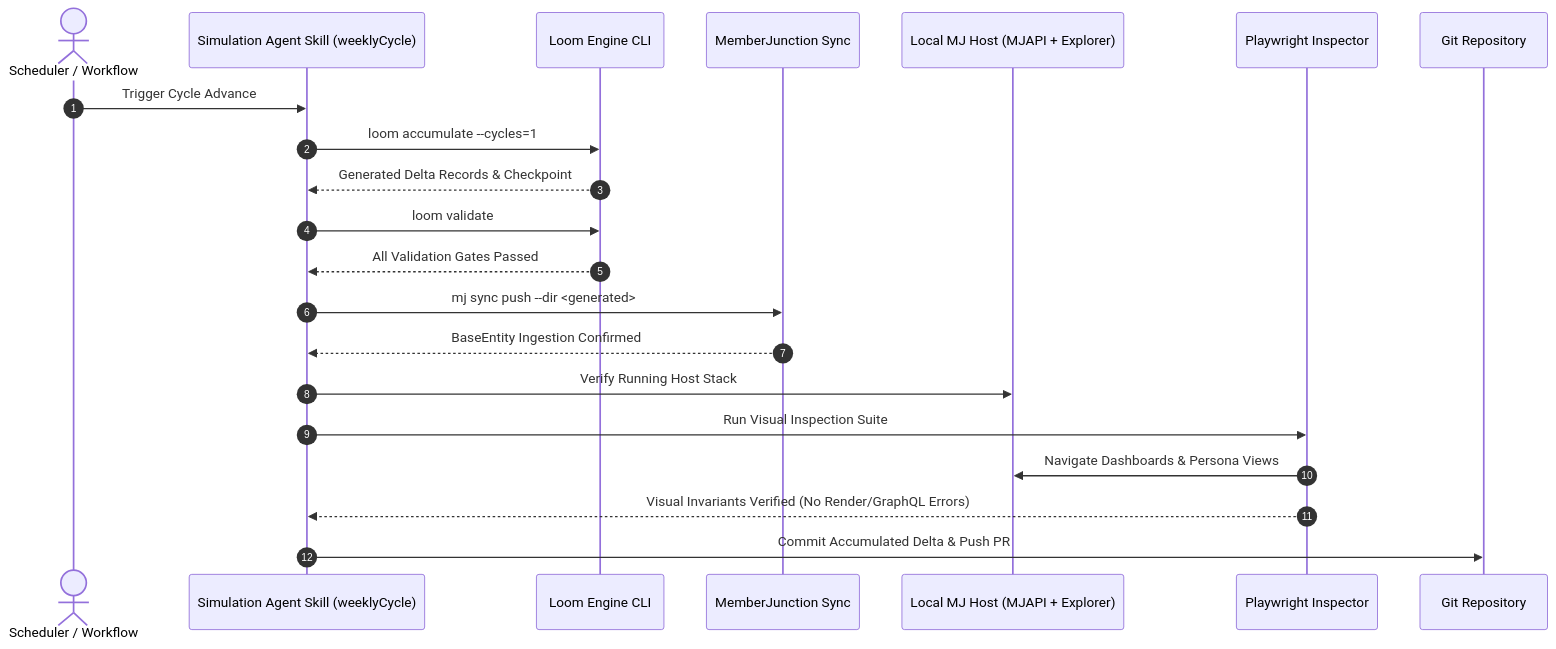
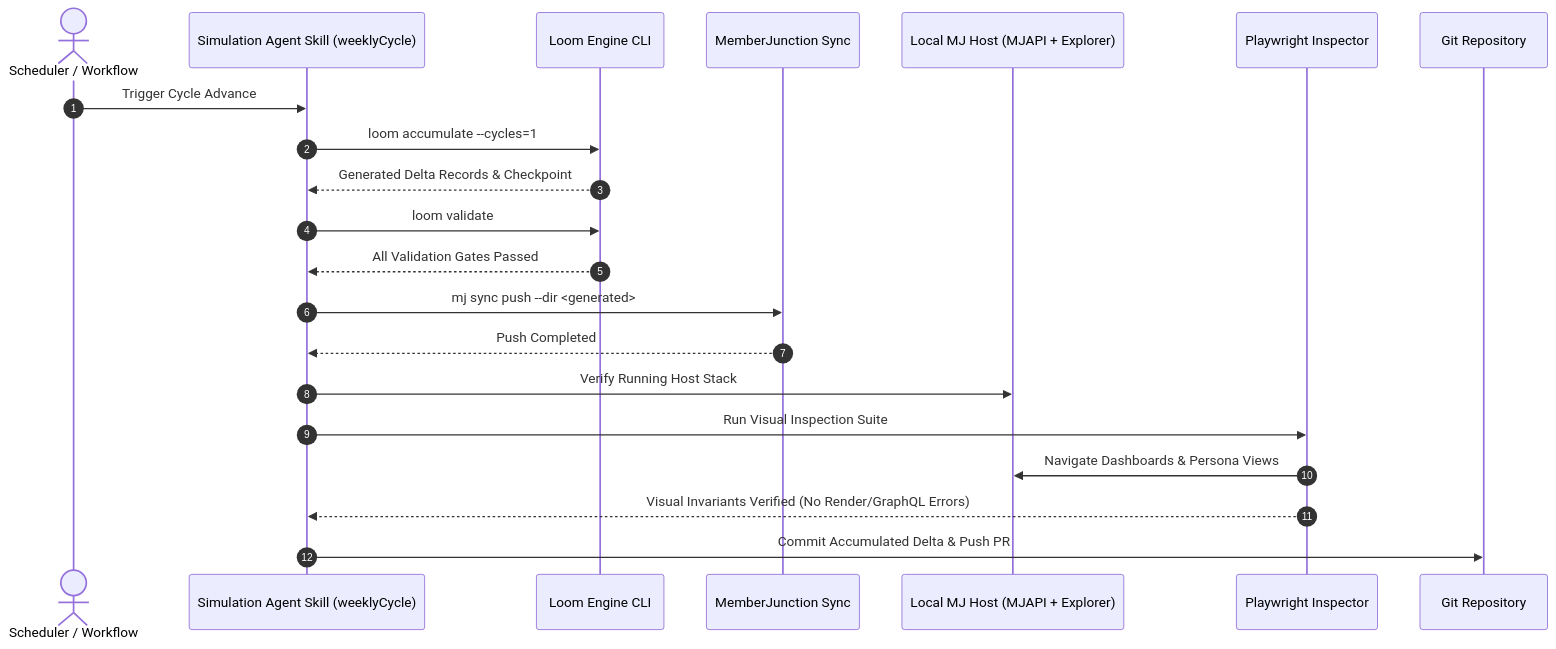
Before and after one commit to MemberJunction/loom: the second of 2 diagrams in plans/loom-architecture-and-implementation-plan.md, drawn with Mermaid. The commit also changed other lines of this file and 18 other files, not shown here.

````diff
--- a/plans/loom-architecture-and-implementation-plan.md
+++ b/plans/loom-architecture-and-implementation-plan.md
@@ -209,24 +209,24 @@
 ```mermaid
 sequenceDiagram
     autonumber
     actor Scheduler as Scheduler / Workflow
     participant Skill as Simulation Agent Skill (weeklyCycle)
     participant Loom as Loom Engine CLI
     participant Sync as MemberJunction Sync
     participant Host as Local MJ Host (MJAPI + Explorer)
     participant PW as Playwright Inspector
     participant Git as Git Repository
 
     Scheduler->>Skill: Trigger Cycle Advance
     Skill->>Loom: loom accumulate --cycles=1
     Loom-->>Skill: Generated Delta Records & Checkpoint
     Skill->>Loom: loom validate
     Loom-->>Skill: All Validation Gates Passed
     Skill->>Sync: mj sync push --dir <generated>
-    Sync-->>Skill: BaseEntity Ingestion Confirmed
+    Sync-->>Skill: Push Completed
     Skill->>Host: Verify Running Host Stack
     Skill->>PW: Run Visual Inspection Suite
     PW->>Host: Navigate Dashboards & Persona Views
     PW-->>Skill: Visual Invariants Verified (No Render/GraphQL Errors)
     Skill->>Git: Commit Accumulated Delta & Push PR
 ```
````
